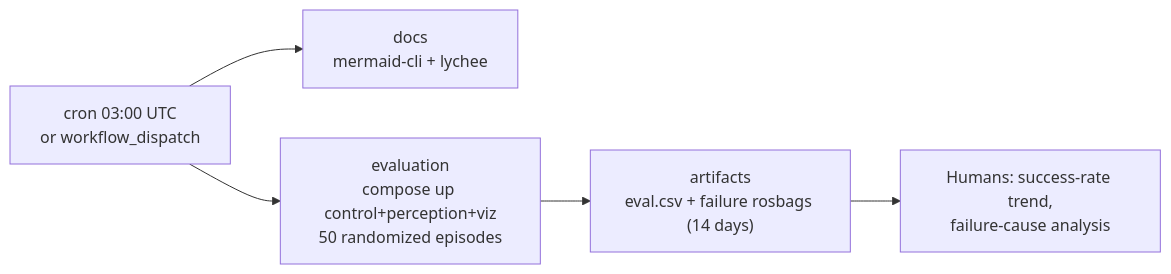
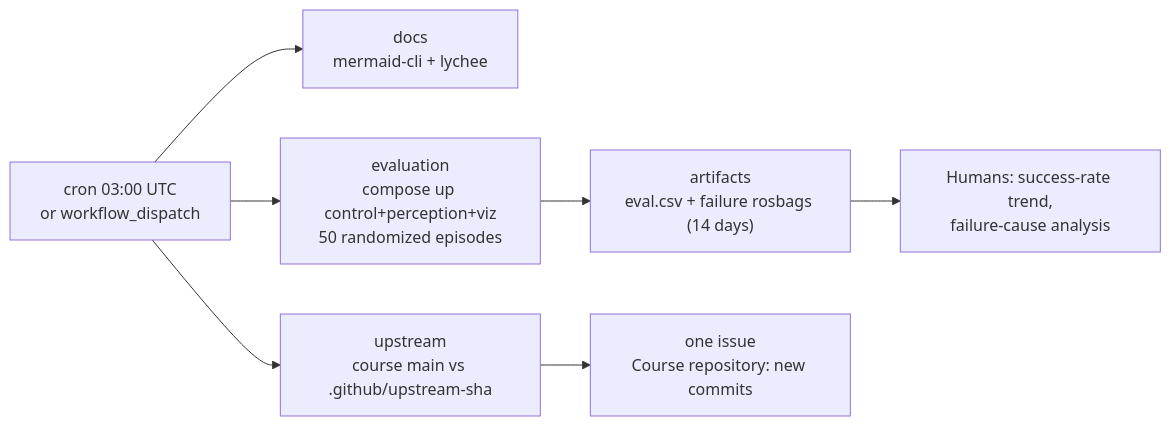
Before and after one commit to FoxaxeWasTaken/Robotics: the third of 4 diagrams in docs/project/14_quality_pipeline_ci.md, drawn with Mermaid. The commit also changed other lines of this file and 21 other files, not shown here.

First line of the commit message:
fix(ci): E2E start, IK accuracy test seed, and a course repository watch (#144)

````diff
--- a/docs/project/14_quality_pipeline_ci.md
+++ b/docs/project/14_quality_pipeline_ci.md
@@ -139,7 +141,9 @@
 ```mermaid
 flowchart LR
   S["cron 03:00 UTC<br/>or workflow_dispatch"] --> D["docs<br/>mermaid-cli + lychee"]
   S --> V["evaluation<br/>compose up control+perception+viz<br/>50 randomized episodes"]
   V --> R["artifacts<br/>eval.csv + failure rosbags (14 days)"]
   R --> H["Humans: success-rate trend,<br/>failure-cause analysis"]
+  S --> W["upstream<br/>course main vs .github/upstream-sha"]
+  W --> I["one issue<br/>Course repository: new commits"]
 ```
````
